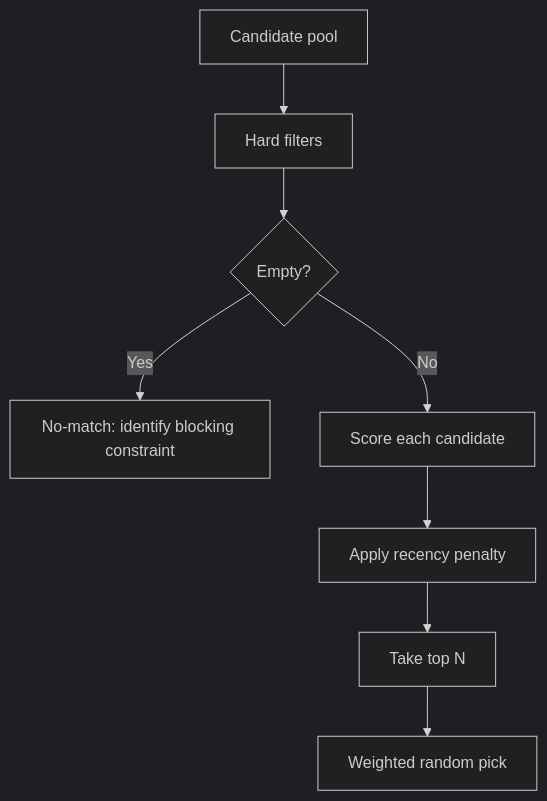
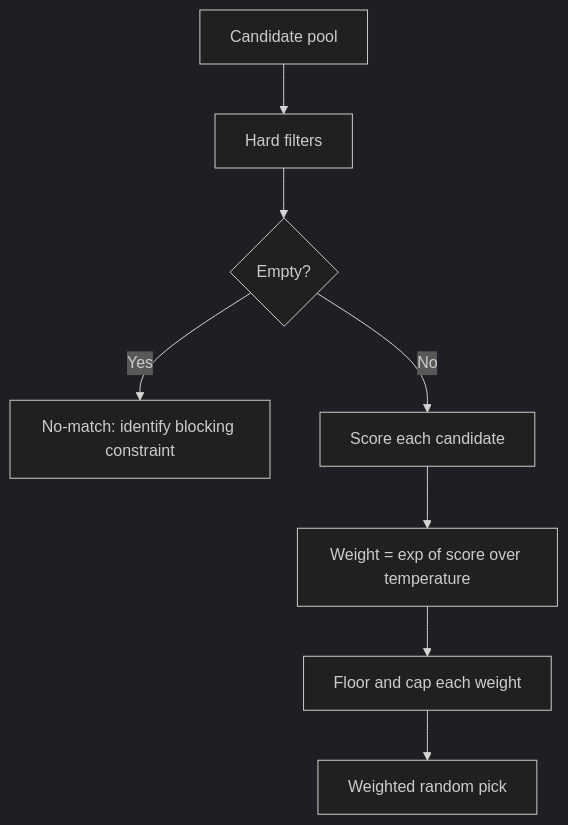
One commit to MarcEsteban04/whats_cooking_app changed the third of 4 diagrams in docs/ARCHITECTURE.md. Above: the diagram before and after it, drawn with Mermaid (dark theme). The commit also changed other lines of this file and 5 other files, not shown here.

````diff
--- a/docs/ARCHITECTURE.md
+++ b/docs/ARCHITECTURE.md
@@ -262,10 +262,10 @@
 ```mermaid
 flowchart TD
     A[Candidate pool] --> B[Hard filters]
     B --> C{Empty?}
     C -->|Yes| D[No-match: identify blocking constraint]
     C -->|No| E[Score each candidate]
-    E --> F[Apply recency penalty]
-    F --> G[Take top N]
+    E --> F[Weight = exp of score over temperature]
+    F --> G[Floor and cap each weight]
     G --> H[Weighted random pick]
 ```
````
